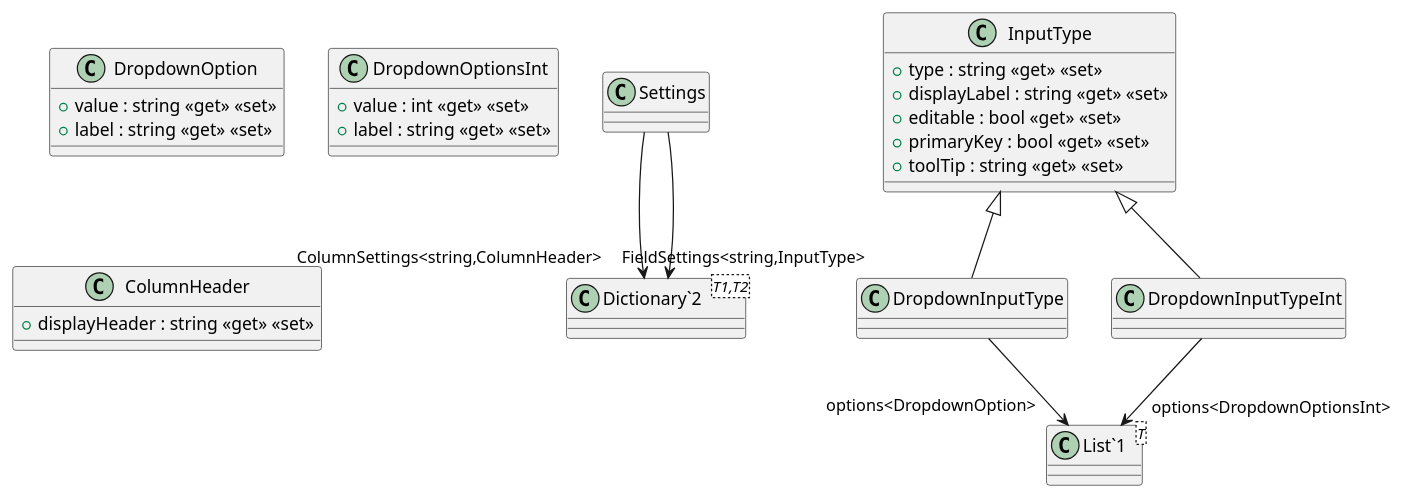
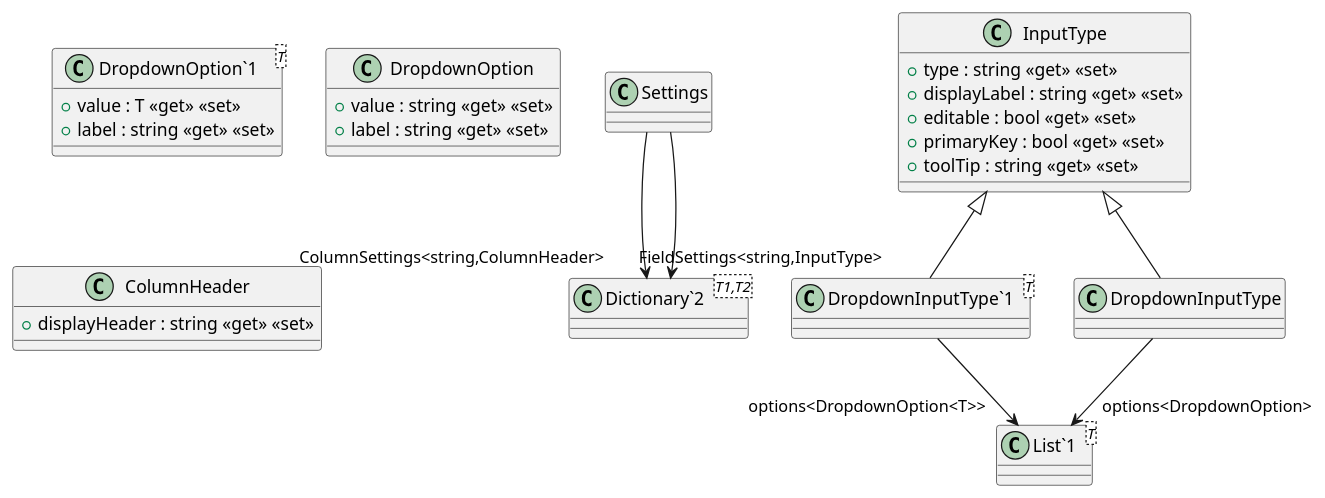
The diagram in YouthActionDotNet/UML/Models/Settings.puml (timothxy/ICT2106_P3_Project), drawn with PlantUML before and after one commit. The commit also changed 11 other files, not shown here.

```diff
--- a/YouthActionDotNet/UML/Models/Settings.puml
+++ b/YouthActionDotNet/UML/Models/Settings.puml
@@ -1,36 +1,36 @@
 @startuml
 class Settings {
 }
 class InputType {
     + type : string <<get>> <<set>>
     + displayLabel : string <<get>> <<set>>
     + editable : bool <<get>> <<set>>
     + primaryKey : bool <<get>> <<set>>
     + toolTip : string <<get>> <<set>>
 }
+class "DropdownInputType`1"<T> {
+}
 class DropdownInputType {
 }
-class DropdownInputTypeInt {
+class "DropdownOption`1"<T> {
+    + value : T <<get>> <<set>>
+    + label : string <<get>> <<set>>
 }
 class DropdownOption {
     + value : string <<get>> <<set>>
-    + label : string <<get>> <<set>>
-}
-class DropdownOptionsInt {
-    + value : int <<get>> <<set>>
     + label : string <<get>> <<set>>
 }
 class ColumnHeader {
     + displayHeader : string <<get>> <<set>>
 }
 class "Dictionary`2"<T1,T2> {
 }
 class "List`1"<T> {
 }
 Settings --> "ColumnSettings<string,ColumnHeader>" "Dictionary`2"
 Settings --> "FieldSettings<string,InputType>" "Dictionary`2"
+InputType <|-- "DropdownInputType`1"
+"DropdownInputType`1" --> "options<DropdownOption<T>>" "List`1"
 InputType <|-- DropdownInputType
 DropdownInputType --> "options<DropdownOption>" "List`1"
-InputType <|-- DropdownInputTypeInt
-DropdownInputTypeInt --> "options<DropdownOptionsInt>" "List`1"
 @enduml
```
